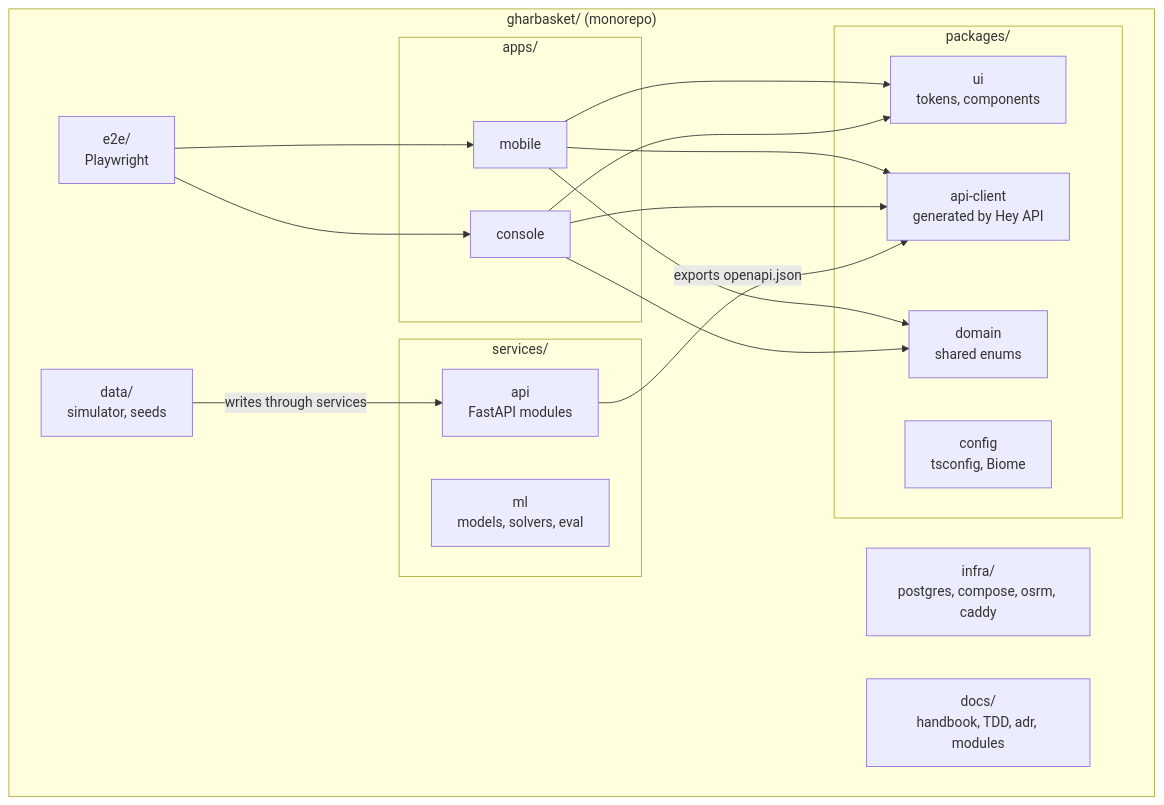
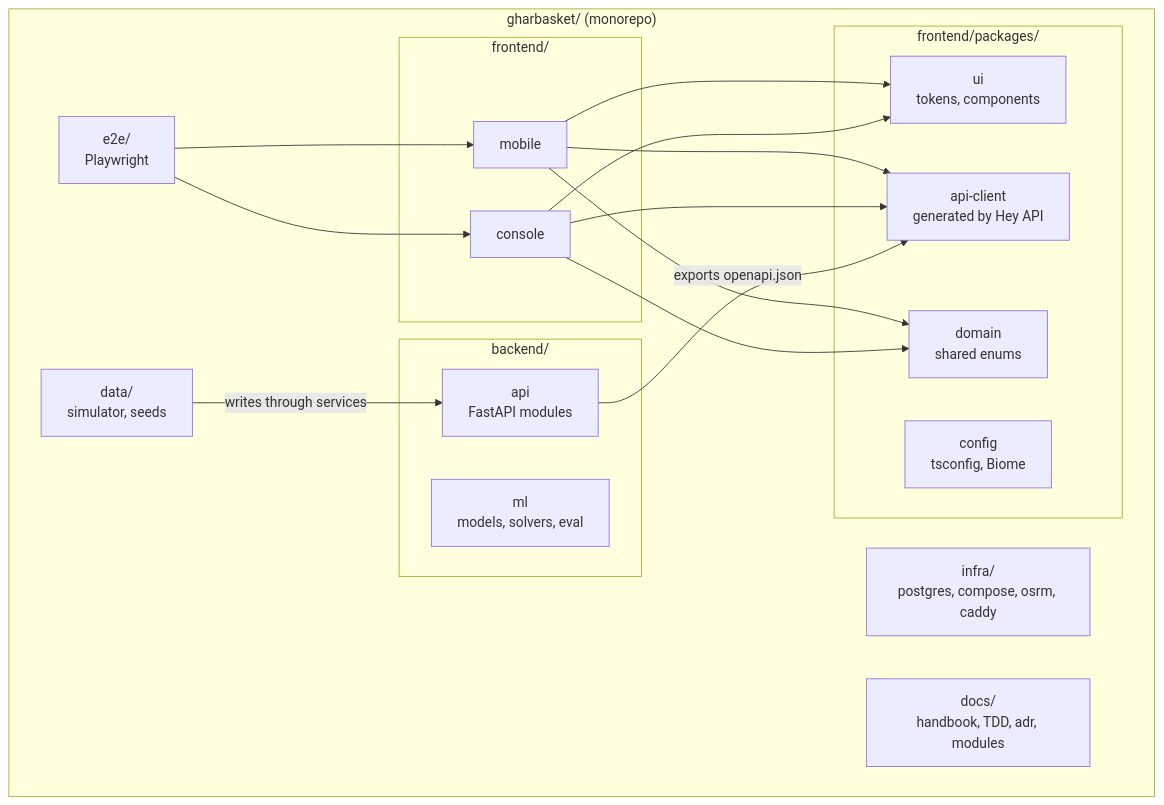
Before and after one commit to prelekar7/GharBasket: the fourth of 5 diagrams in docs/handbook/04-system-architecture.md, drawn with Mermaid. The commit also changed other lines of this file and 154 other files, not shown here.

First line of the commit message:
chore(platform): move code into frontend/ and backend/ with one folder per module

````diff
--- a/docs/handbook/04-system-architecture.md
+++ b/docs/handbook/04-system-architecture.md
@@ -145,33 +147,33 @@
 ```mermaid
 flowchart TB
   subgraph REPO["gharbasket/ (monorepo)"]
-    subgraph APPS["apps/"]
+    subgraph APPS["frontend/"]
       AM["mobile"]
       AC["console"]
     end
-    subgraph PKGS["packages/"]
+    subgraph PKGS["frontend/packages/"]
       PUI["ui<br/>tokens, components"]
       PAC["api-client<br/>generated by Hey API"]
       PDM["domain<br/>shared enums"]
       PCF["config<br/>tsconfig, Biome"]
     end
-    subgraph SVC["services/"]
+    subgraph SVC["backend/"]
       SAPI["api<br/>FastAPI modules"]
       SML["ml<br/>models, solvers, eval"]
     end
     DATA["data/<br/>simulator, seeds"]
     E2E["e2e/<br/>Playwright"]
     INFRA["infra/<br/>postgres, compose, osrm, caddy"]
     DOCS["docs/<br/>handbook, TDD, adr, modules"]
   end
   AM --> PUI
   AM --> PAC
   AM --> PDM
   AC --> PUI
   AC --> PAC
   AC --> PDM
   SAPI -->|"exports openapi.json"| PAC
   DATA -->|"writes through services"| SAPI
   E2E --> AM
   E2E --> AC
 ```
````
